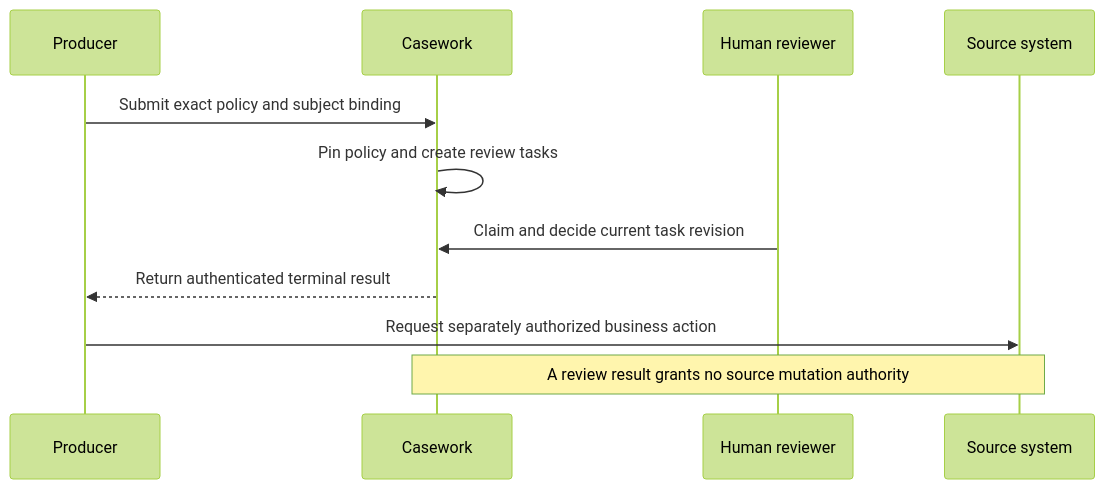
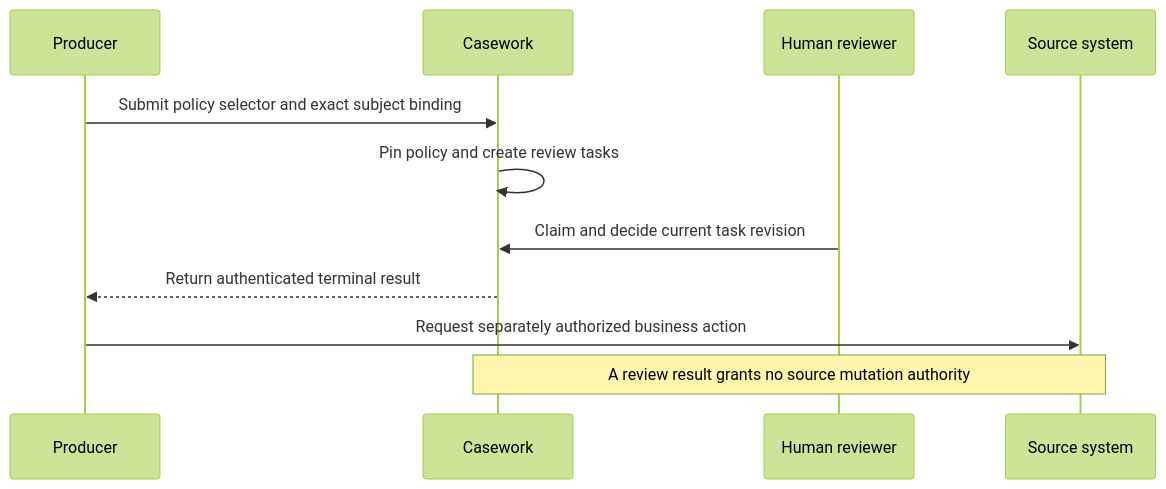
The diagram in docs/site/src/content/docs/explanation/how-casework-works.mdx (registrystack/registry-stack), drawn with Mermaid (forest theme) before and after one commit. The commit also changed other lines of this file and 19 other files, not shown here.

````diff
--- a/docs/site/src/content/docs/explanation/how-casework-works.mdx
+++ b/docs/site/src/content/docs/explanation/how-casework-works.mdx
@@ -39,13 +40,13 @@
 ```mermaid
 sequenceDiagram
     participant P as Producer
     participant C as Casework
     participant H as Human reviewer
     participant S as Source system
-    P->>C: Submit exact policy and subject binding
+    P->>C: Submit policy selector and exact subject binding
     C->>C: Pin policy and create review tasks
     H->>C: Claim and decide current task revision
     C-->>P: Return authenticated terminal result
     P->>S: Request separately authorized business action
     Note over C,S: A review result grants no source mutation authority
 ```
````
